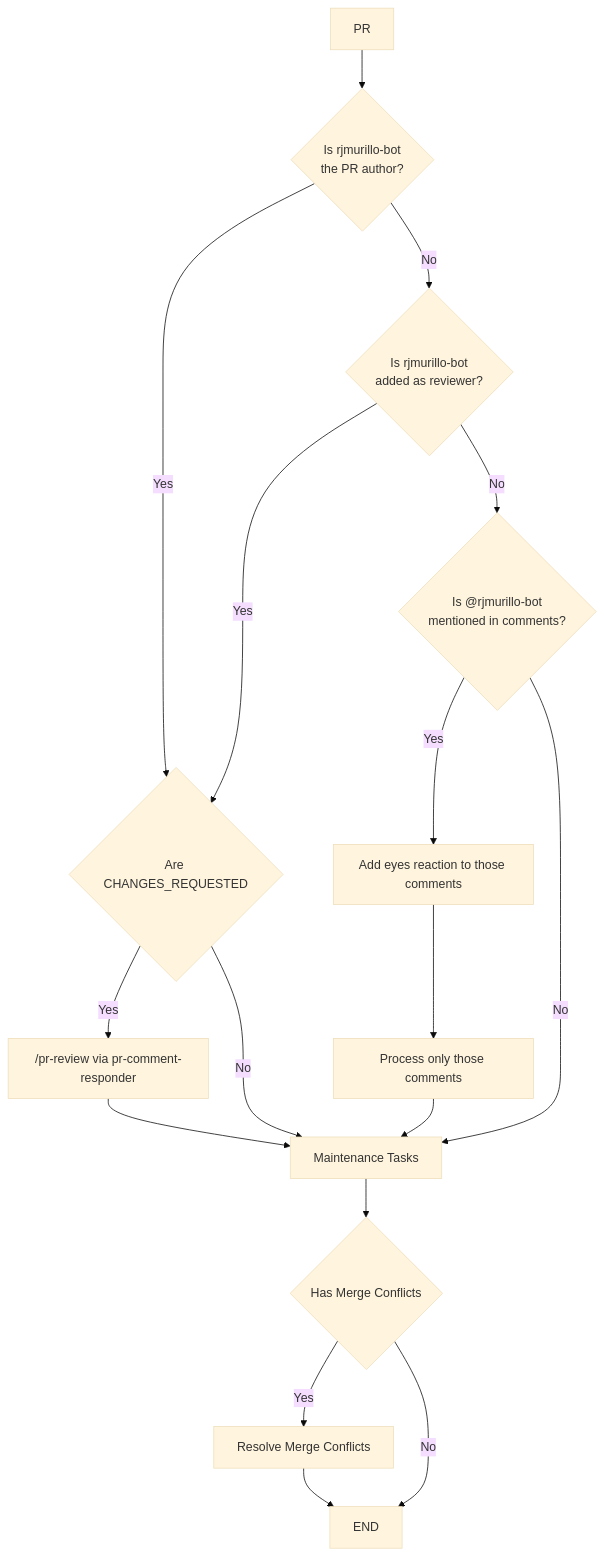
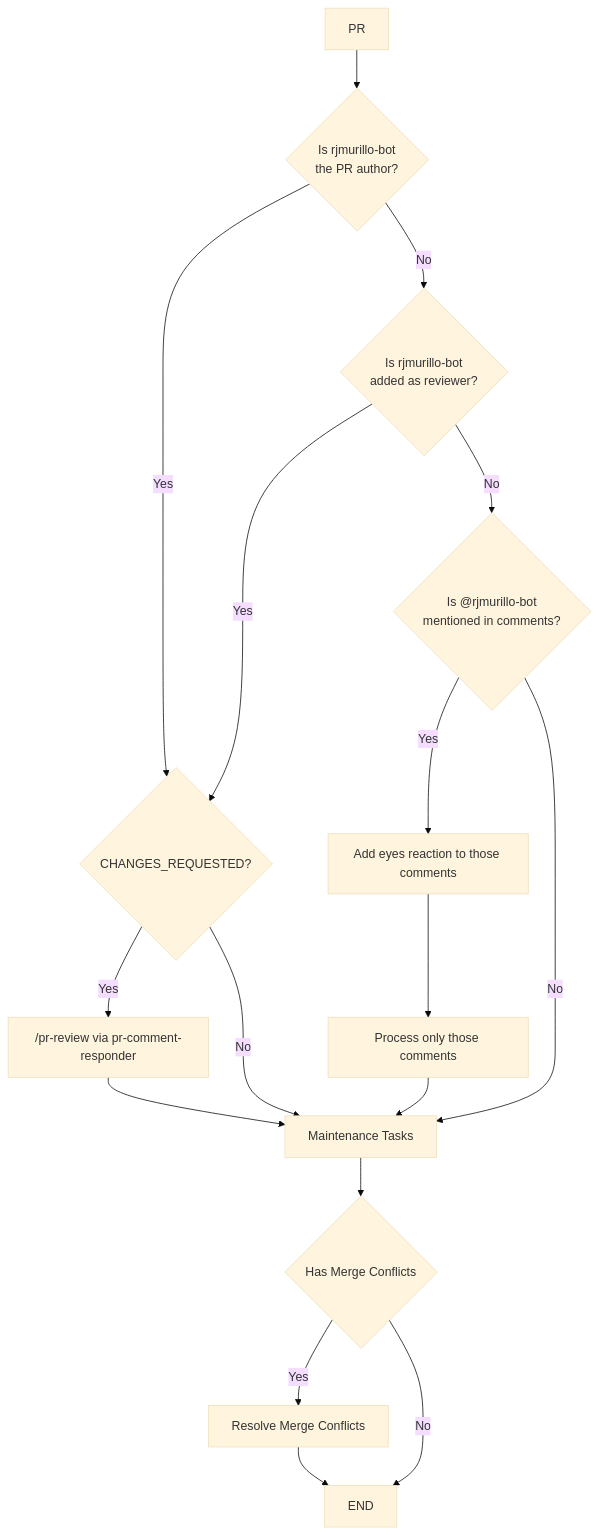
The first of 2 diagrams in .agents/architecture/bot-author-feedback-protocol.md (rjmurillo/ai-agents), drawn with Mermaid (base theme) before and after one commit. The commit also changed 1 other file, not shown here.

Commit message:
fix: address Copilot review feedback
## Bug Fixes
- Move $role variable definition before if/else block (was undefined in else branch)
- Fix section headers to say "PRs Requiring Action" instead of "Bot PRs with CHANGES_REQUESTED"
  (ActionRequired list includes both CHANGES_REQUESTED and MENTION items)

## Documentation
- Fix mermaid grammar: "Are CHANGES_REQUESTED" -> "CHANGES_REQUESTED?"

## Notes on Copilot Feedback
- $isBotAuthor logic is intentional: checks for 'agent-controlled' category specifically
  (other bots like copilot-swe-agent are 'mention-triggered', handled separately)
- Out-File already has error handling in try/catch block

Addresses Copilot comments on PR #402

🤖 Generated with [Claude Code](https://claude.com/claude-code)

````diff
--- a/.agents/architecture/bot-author-feedback-protocol.md
+++ b/.agents/architecture/bot-author-feedback-protocol.md
@@ -16,29 +16,29 @@
 ```mermaid
 flowchart TD
     A[PR] --> B{Is rjmurillo-bot<br/>the PR author?}
 
-    B -->|Yes| C{Are CHANGES_REQUESTED}
+    B -->|Yes| C{CHANGES_REQUESTED?}
     C -->|Yes| D["/pr-review via pr-comment-responder"]
     C -->|No| M
 
     B -->|No| E{Is rjmurillo-bot<br/>added as reviewer?}
 
     E -->|Yes| C
 
     E -->|No| F{Is @rjmurillo-bot<br/>mentioned in comments?}
 
     F -->|Yes| G[Add eyes reaction to those comments]
     G --> H[Process only those comments]
     H --> M
 
     F -->|No| M
 
     D --> M[Maintenance Tasks]
 
     M --> O{Has Merge Conflicts}
 
     O -->|Yes| L[Resolve Merge Conflicts]
     O -->|No| Z[END]
 
     L --> Z
 ```
````
